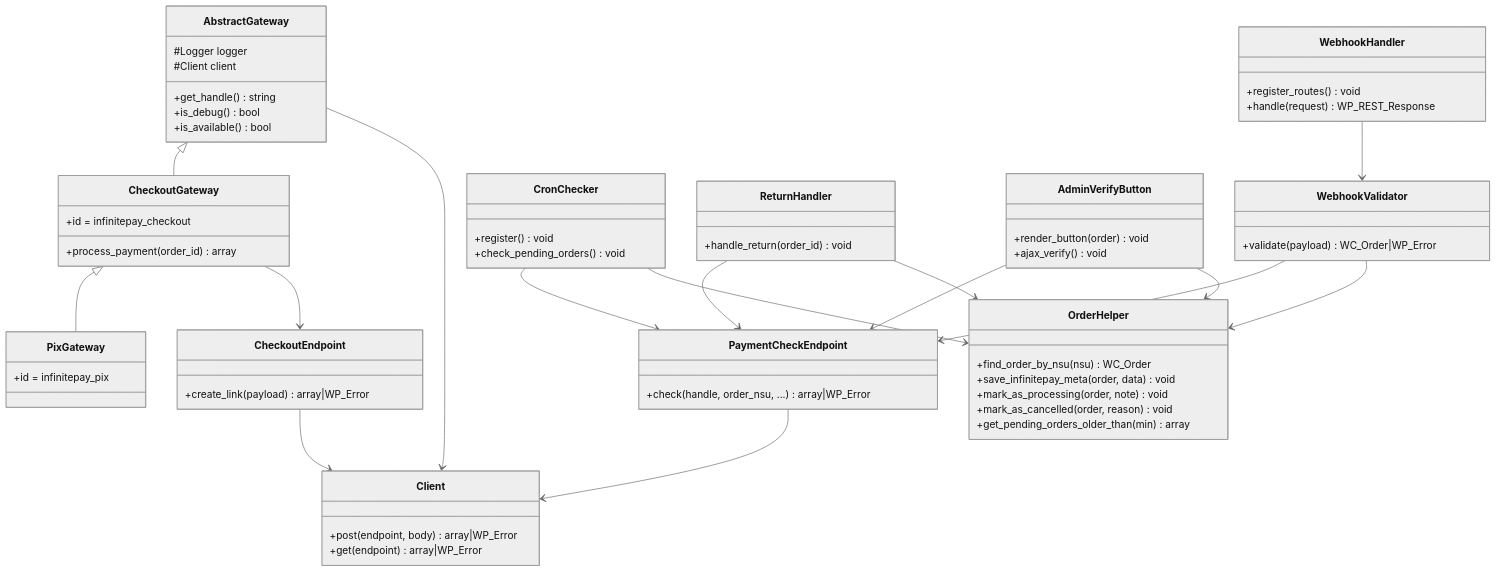
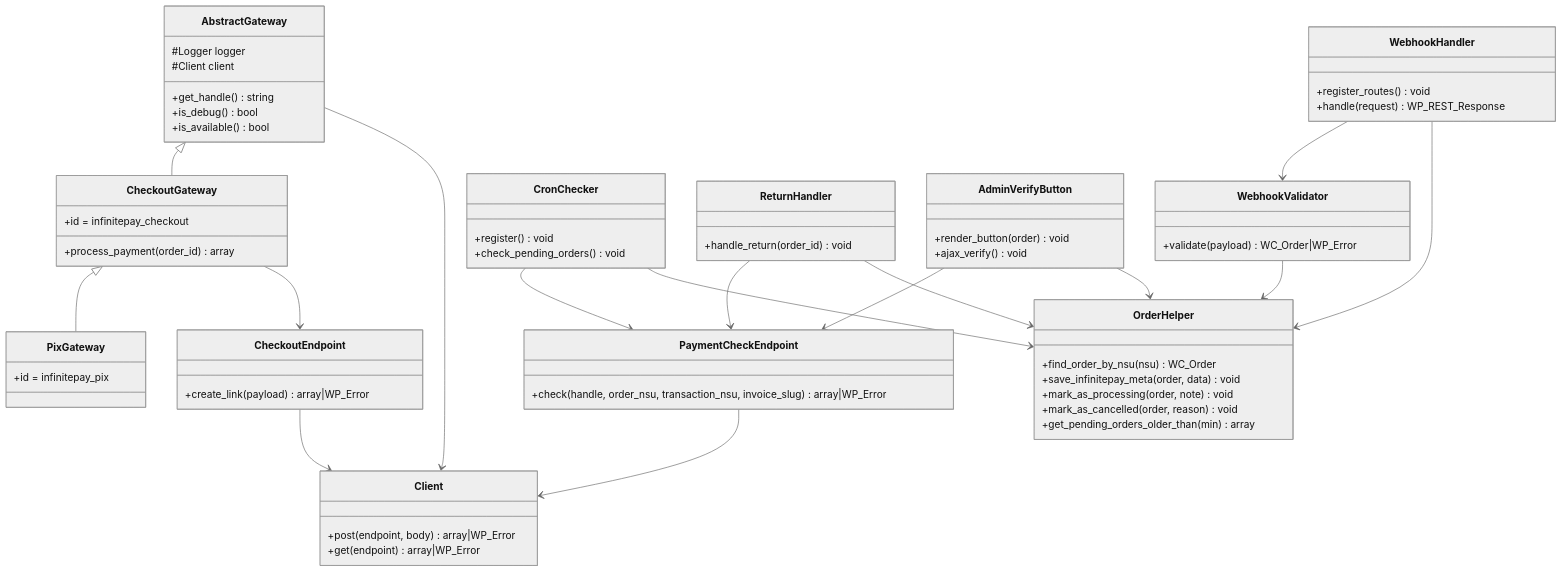
One commit to marcvlima/infinitepay-woocommerce changed the third of 3 diagrams in docs/ARCHITECTURE.md. Above: the diagram before and after it, drawn with Mermaid (neutral theme). The commit also changed other lines of this file and 5 other files, not shown here.

First line of the commit message:
fix: webhook resiliente + payment_check com transaction_nsu

````diff
--- a/docs/ARCHITECTURE.md
+++ b/docs/ARCHITECTURE.md
@@ -103,68 +126,68 @@
 ```mermaid
 classDiagram
     class AbstractGateway {
         #Logger logger
         #Client client
         +get_handle() string
         +is_debug() bool
         +is_available() bool
     }
     class CheckoutGateway {
         +id = infinitepay_checkout
         +process_payment(order_id) array
     }
     class PixGateway {
         +id = infinitepay_pix
     }
     class Client {
         +post(endpoint, body) array|WP_Error
         +get(endpoint) array|WP_Error
     }
     class CheckoutEndpoint {
         +create_link(payload) array|WP_Error
     }
     class PaymentCheckEndpoint {
-        +check(handle, order_nsu, ...) array|WP_Error
+        +check(handle, order_nsu, transaction_nsu, invoice_slug) array|WP_Error
     }
     class WebhookValidator {
         +validate(payload) WC_Order|WP_Error
     }
     class WebhookHandler {
         +register_routes() void
         +handle(request) WP_REST_Response
     }
     class OrderHelper {
         +find_order_by_nsu(nsu) WC_Order
         +save_infinitepay_meta(order, data) void
         +mark_as_processing(order, note) void
         +mark_as_cancelled(order, reason) void
         +get_pending_orders_older_than(min) array
     }
     class CronChecker {
         +register() void
         +check_pending_orders() void
     }
     class ReturnHandler {
         +handle_return(order_id) void
     }
     class AdminVerifyButton {
         +render_button(order) void
         +ajax_verify() void
     }
 
     AbstractGateway <|-- CheckoutGateway
     CheckoutGateway <|-- PixGateway
     AbstractGateway --> Client
     CheckoutGateway --> CheckoutEndpoint
     CheckoutEndpoint --> Client
     PaymentCheckEndpoint --> Client
     WebhookHandler --> WebhookValidator
-    WebhookValidator --> PaymentCheckEndpoint
     WebhookValidator --> OrderHelper
+    WebhookHandler --> OrderHelper
     CronChecker --> PaymentCheckEndpoint
     CronChecker --> OrderHelper
     ReturnHandler --> PaymentCheckEndpoint
     ReturnHandler --> OrderHelper
     AdminVerifyButton --> PaymentCheckEndpoint
     AdminVerifyButton --> OrderHelper
 ```
````
